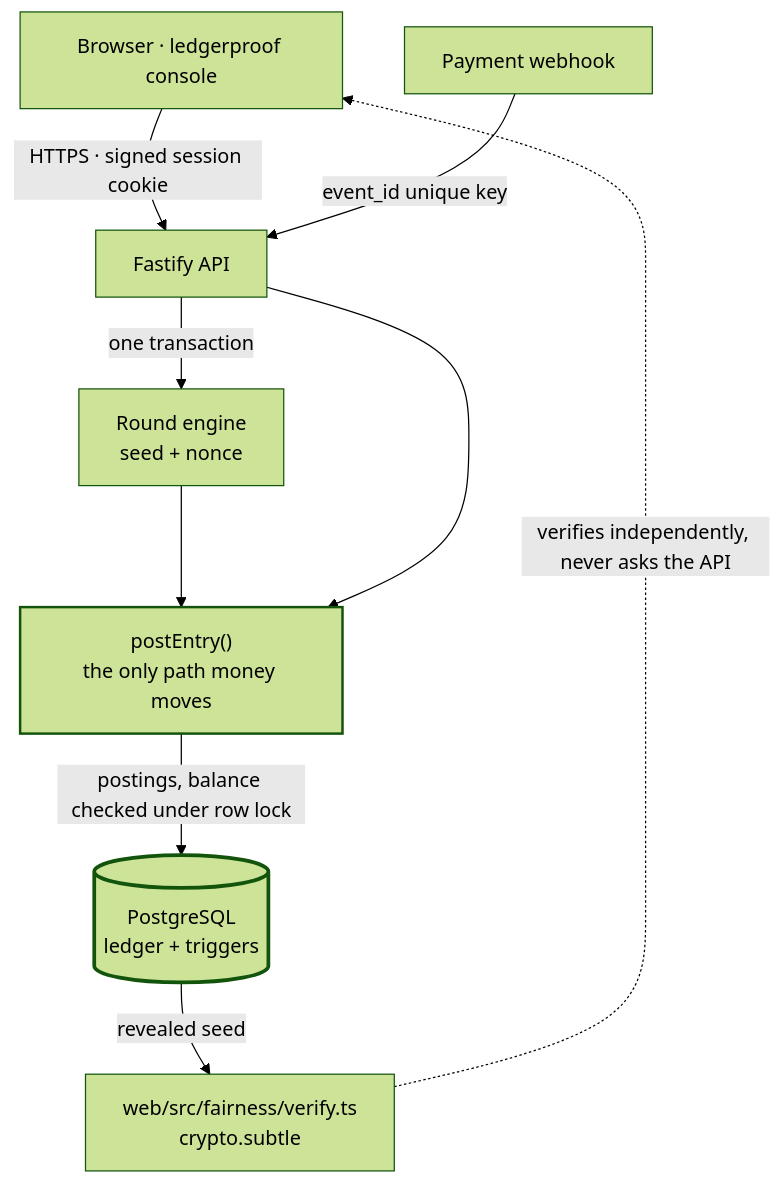
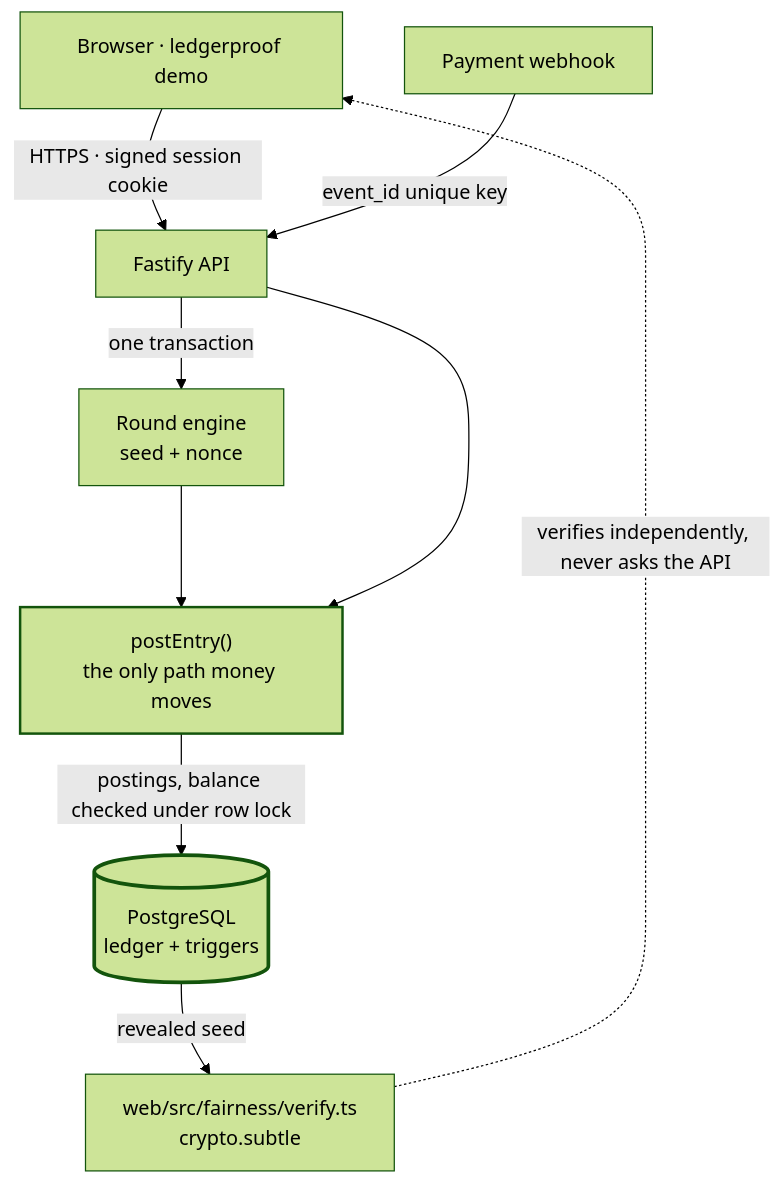
Before and after one commit to Shelunagori/provable-settlement-engine: the diagram in README.md, drawn with Mermaid (forest theme). The commit also changed other lines of this file, not shown here.

````diff
--- a/README.md
+++ b/README.md
@@ -93,22 +107,22 @@
 ```mermaid
 flowchart TD
-    B["Browser · ledgerproof console"]
+    B["Browser · ledgerproof demo"]
     V["web/src/fairness/verify.ts<br/>crypto.subtle"]
     A["Fastify API"]
     P["postEntry()<br/>the only path money moves"]
     D[("PostgreSQL<br/>ledger + triggers")]
     W["Payment webhook"]
     E["Round engine<br/>seed + nonce"]
 
     B -- "HTTPS · signed session cookie" --> A
     W -- "event_id unique key" --> A
     A -- "one transaction" --> E
     E --> P
     A --> P
     P -- "postings, balance checked under row lock" --> D
     D -- "revealed seed" --> V
     V -. "verifies independently, never asks the API" .-> B
 
     style D stroke-width:3px
     style P stroke-width:2px
 ```
````
